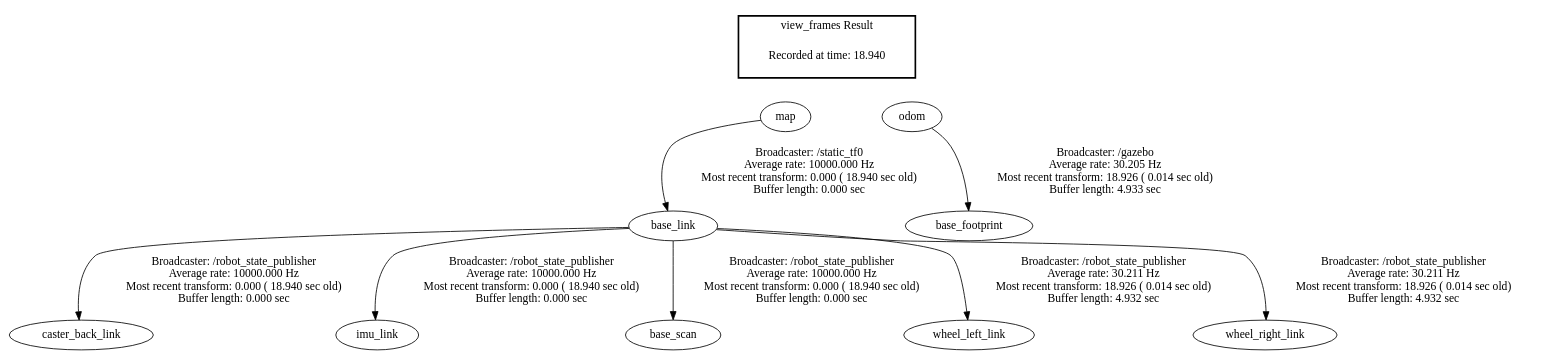
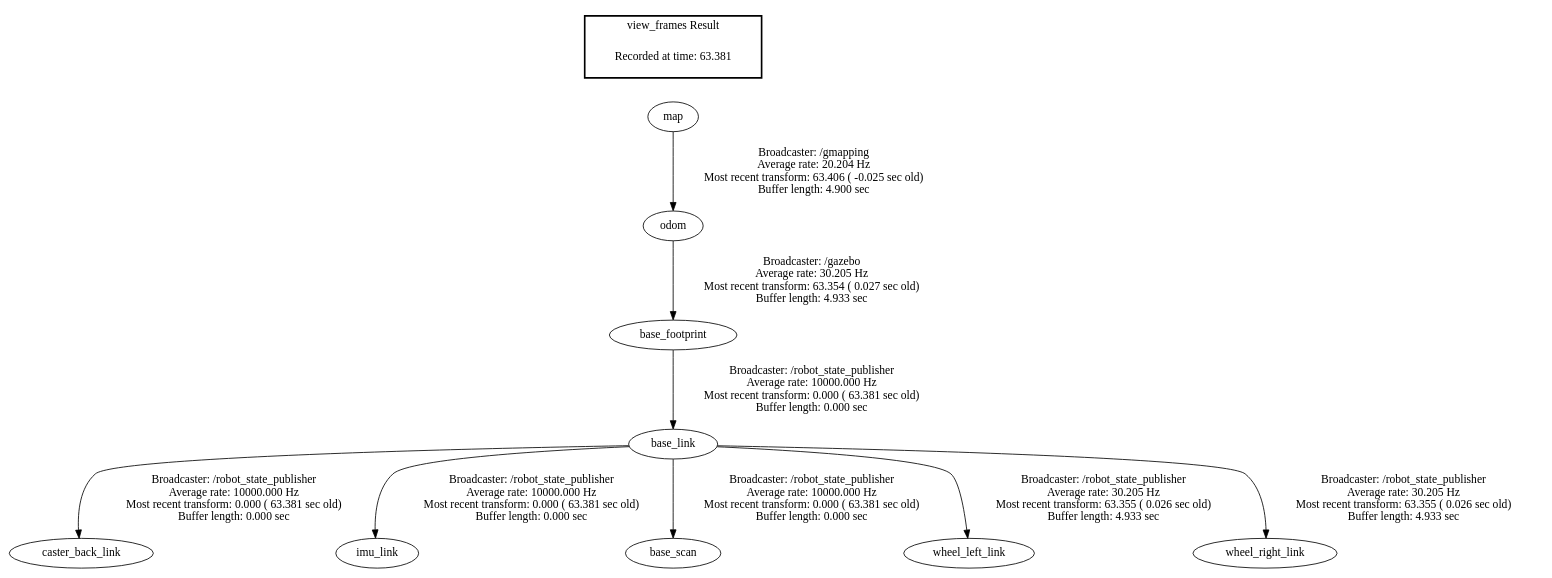
The diagram in frames/frames.gv (DMaroo/ros_turtlebot3_dynamic_map), drawn with Graphviz before and after one commit. The commit also changed 1 other file, not shown here.

Commit message:
added tf frames

```diff
--- a/frames/frames.gv
+++ b/frames/frames.gv
@@ -1,17 +1,14 @@
 digraph G {
-"map" -> "base_link"[label="Broadcaster: /static_tf0\nAverage rate: 10000.000 Hz\nMost recent transform: 0.000 ( 18.940 sec old)\nBuffer length: 0.000 sec\n"];
-"odom" -> "base_footprint"[label="Broadcaster: /gazebo\nAverage rate: 30.205 Hz\nMost recent transform: 18.926 ( 0.014 sec old)\nBuffer length: 4.933 sec\n"];
-"base_link" -> "caster_back_link"[label="Broadcaster: /robot_state_publisher\nAverage rate: 10000.000 Hz\nMost recent transform: 0.000 ( 18.940 sec old)\nBuffer length: 0.000 sec\n"];
-"base_link" -> "imu_link"[label="Broadcaster: /robot_state_publisher\nAverage rate: 10000.000 Hz\nMost recent transform: 0.000 ( 18.940 sec old)\nBuffer length: 0.000 sec\n"];
-"base_link" -> "base_scan"[label="Broadcaster: /robot_state_publisher\nAverage rate: 10000.000 Hz\nMost recent transform: 0.000 ( 18.940 sec old)\nBuffer length: 0.000 sec\n"];
-"base_link" -> "wheel_left_link"[label="Broadcaster: /robot_state_publisher\nAverage rate: 30.211 Hz\nMost recent transform: 18.926 ( 0.014 sec old)\nBuffer length: 4.932 sec\n"];
-"base_link" -> "wheel_right_link"[label="Broadcaster: /robot_state_publisher\nAverage rate: 30.211 Hz\nMost recent transform: 18.926 ( 0.014 sec old)\nBuffer length: 4.932 sec\n"];
+"base_footprint" -> "base_link"[label="Broadcaster: /robot_state_publisher\nAverage rate: 10000.000 Hz\nMost recent transform: 0.000 ( 63.381 sec old)\nBuffer length: 0.000 sec\n"];
+"odom" -> "base_footprint"[label="Broadcaster: /gazebo\nAverage rate: 30.205 Hz\nMost recent transform: 63.354 ( 0.027 sec old)\nBuffer length: 4.933 sec\n"];
+"base_link" -> "caster_back_link"[label="Broadcaster: /robot_state_publisher\nAverage rate: 10000.000 Hz\nMost recent transform: 0.000 ( 63.381 sec old)\nBuffer length: 0.000 sec\n"];
+"base_link" -> "imu_link"[label="Broadcaster: /robot_state_publisher\nAverage rate: 10000.000 Hz\nMost recent transform: 0.000 ( 63.381 sec old)\nBuffer length: 0.000 sec\n"];
+"base_link" -> "base_scan"[label="Broadcaster: /robot_state_publisher\nAverage rate: 10000.000 Hz\nMost recent transform: 0.000 ( 63.381 sec old)\nBuffer length: 0.000 sec\n"];
+"map" -> "odom"[label="Broadcaster: /gmapping\nAverage rate: 20.204 Hz\nMost recent transform: 63.406 ( -0.025 sec old)\nBuffer length: 4.900 sec\n"];
+"base_link" -> "wheel_left_link"[label="Broadcaster: /robot_state_publisher\nAverage rate: 30.205 Hz\nMost recent transform: 63.355 ( 0.026 sec old)\nBuffer length: 4.933 sec\n"];
+"base_link" -> "wheel_right_link"[label="Broadcaster: /robot_state_publisher\nAverage rate: 30.205 Hz\nMost recent transform: 63.355 ( 0.026 sec old)\nBuffer length: 4.933 sec\n"];
 edge [style=invis];
  subgraph cluster_legend { style=bold; color=black; label ="view_frames Result";
-"Recorded at time: 18.940"[ shape=plaintext ] ;
- }->"odom";
-edge [style=invis];
- subgraph cluster_legend { style=bold; color=black; label ="view_frames Result";
-"Recorded at time: 18.940"[ shape=plaintext ] ;
+"Recorded at time: 63.381"[ shape=plaintext ] ;
  }->"map";
 }
```
